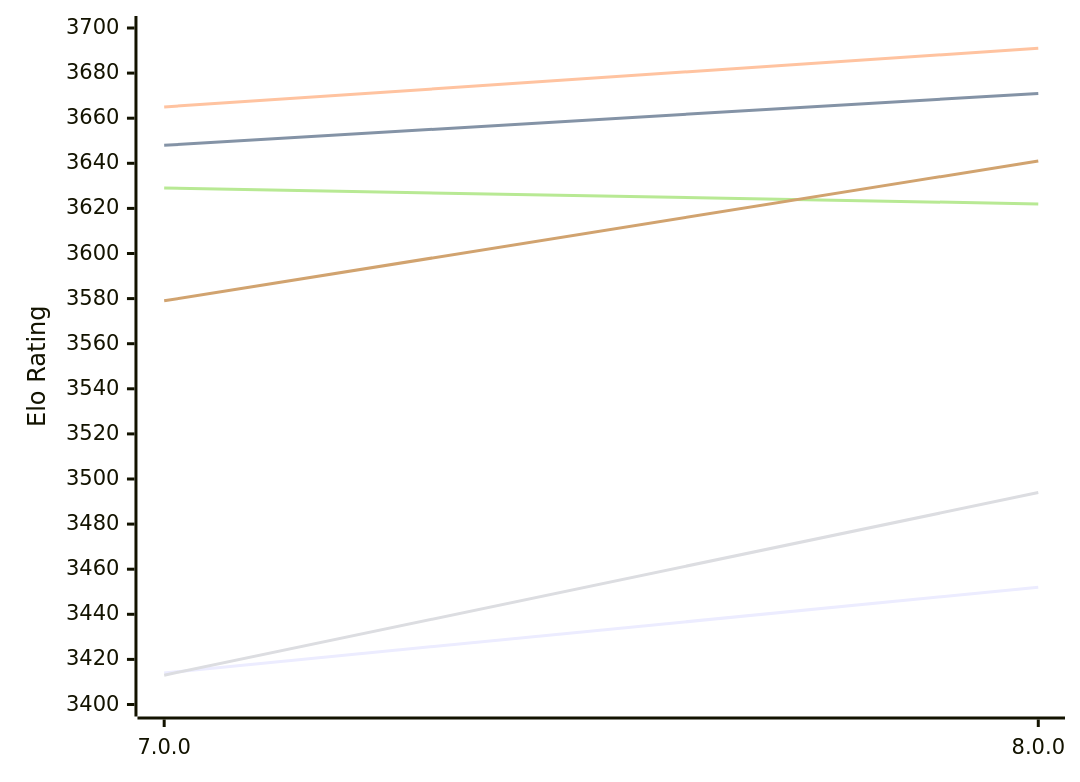
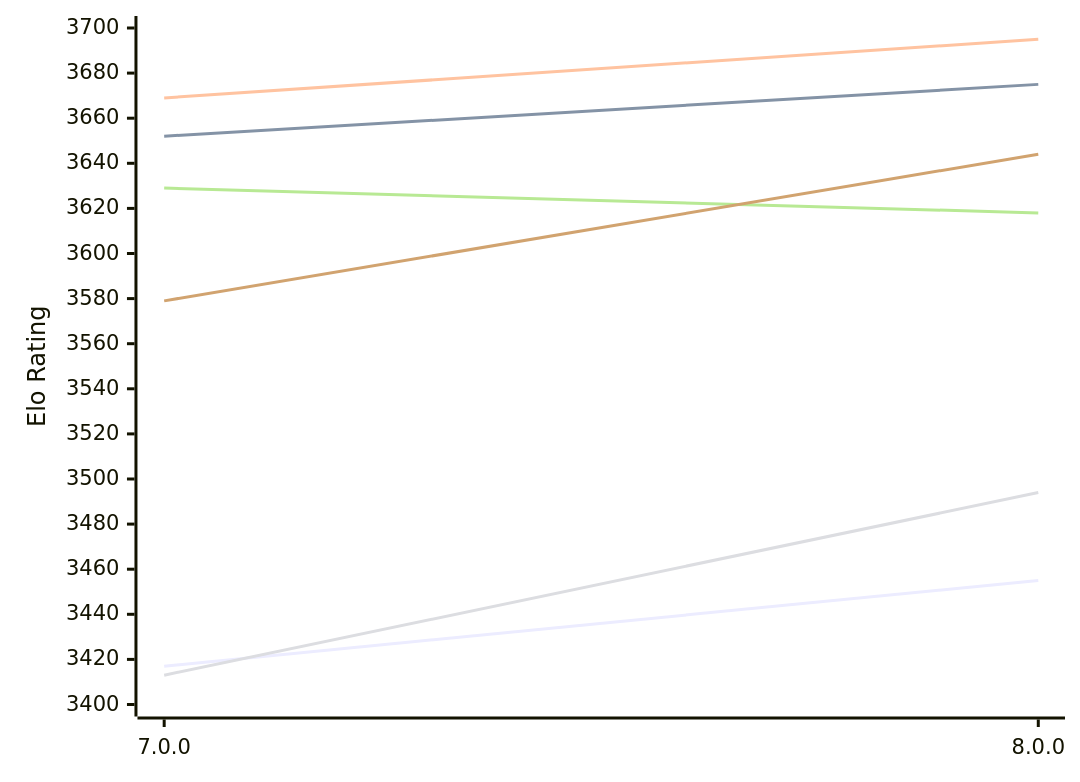
Before and after one commit to computer-chess-index/cci: the first of 2 diagrams in engines/PlentyChess.md, drawn with Mermaid. The commit also changed other lines of this file, not shown here.

Commit message:
Update CCI Ratings (ELO VLTC) - 2026-11-22

````diff
--- a/engines/PlentyChess.md
+++ b/engines/PlentyChess.md
@@ -55,12 +55,12 @@
 ```mermaid
 %%{init: {"theme":"base","themeVariables":{"seriesColors:['#a3a3a3','#222221','#faa371']}}}%%
 xychart-beta
   x-axis ["7.0.0", "8.0.0"]
   y-axis "Elo Rating" 3400 --> 3700
-  line "E1: STC (8.0+0.08s)" [3414, 3452]
-  line "E1: LTC (60.0+0.60s)" [3648, 3671]
-  line "E1: VLTC (2m24s+1.12s)" [3665, 3691]
+  line "E1: STC (8.0+0.08s)" [3417, 3455]
+  line "E1: LTC (60.0+0.60s)" [3652, 3675]
+  line "E1: VLTC (2m24s+1.12s)" [3669, 3695]
   line "P1: STC (8.0+0.08s)" [3413, 3494]
-  line "P1: LTC (60.0+0.60s)" [3629, 3622]
-  line "P1: VLTC (2m24s+1.12s)" [3579, 3641]
+  line "P1: LTC (60.0+0.60s)" [3629, 3618]
+  line "P1: VLTC (2m24s+1.12s)" [3579, 3644]
 ```
````
